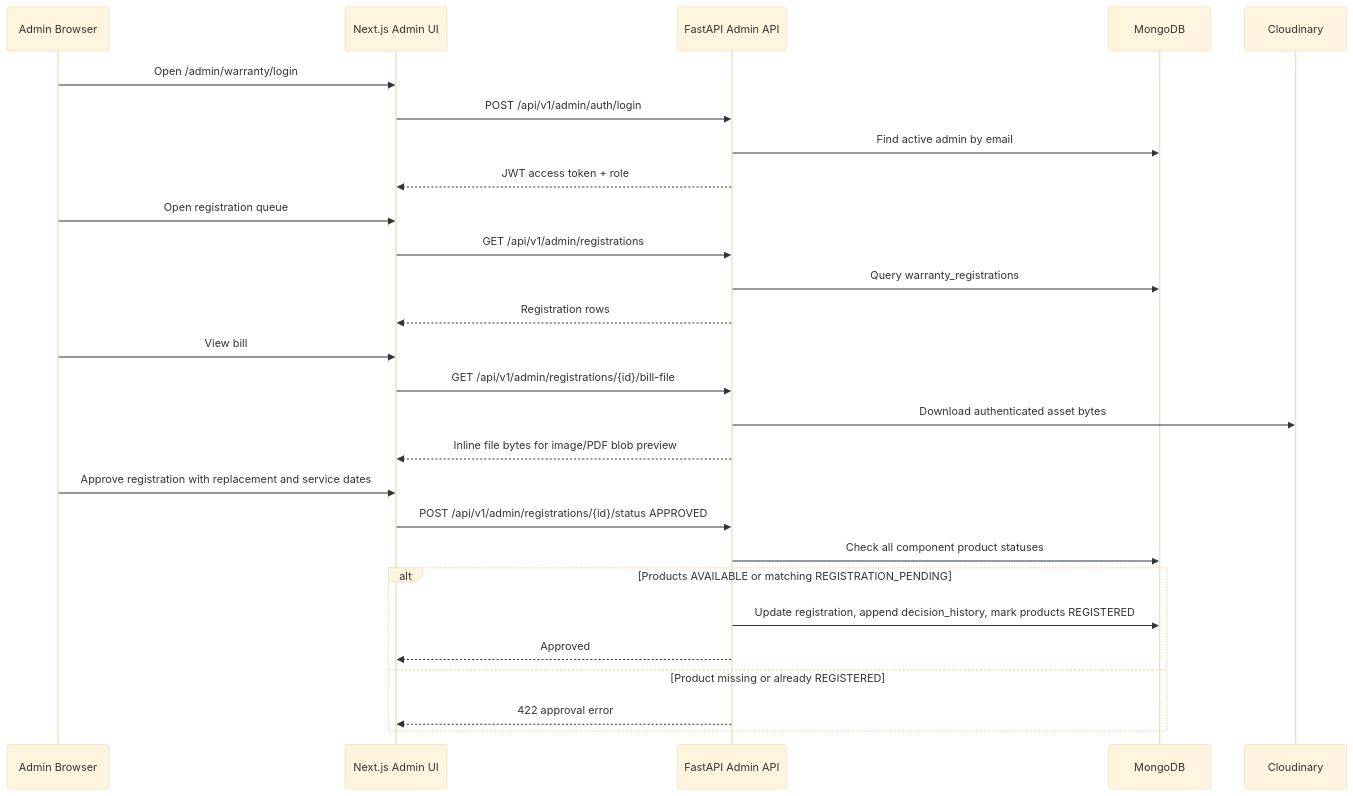
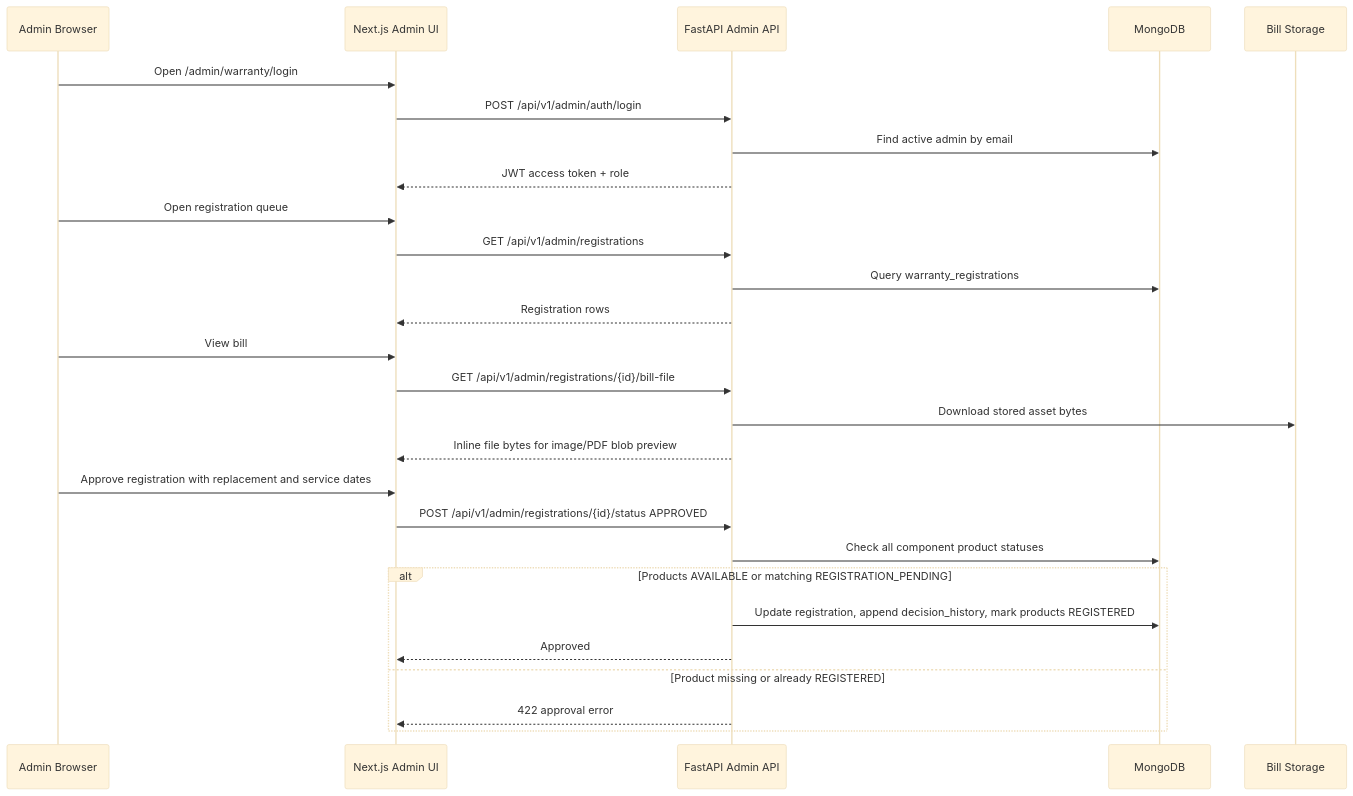
The third of 5 diagrams in docs/LIMAC_WARRANTY_DESIGN_DOCUMENT.md (traicasolutions-pjcts/limac-website), drawn with Mermaid (base theme) before and after one commit. The commit also changed other lines of this file and 10 other files, not shown here.

````diff
--- a/docs/LIMAC_WARRANTY_DESIGN_DOCUMENT.md
+++ b/docs/LIMAC_WARRANTY_DESIGN_DOCUMENT.md
@@ -352,30 +352,30 @@
 ```mermaid
 sequenceDiagram
   participant Admin as Admin Browser
   participant UI as Next.js Admin UI
   participant API as FastAPI Admin API
   participant DB as MongoDB
-  participant CL as Cloudinary
+  participant BS as Bill Storage
 
   Admin->>UI: Open /admin/warranty/login
   UI->>API: POST /api/v1/admin/auth/login
   API->>DB: Find active admin by email
   API-->>UI: JWT access token + role
   Admin->>UI: Open registration queue
   UI->>API: GET /api/v1/admin/registrations
   API->>DB: Query warranty_registrations
   API-->>UI: Registration rows
   Admin->>UI: View bill
   UI->>API: GET /api/v1/admin/registrations/{id}/bill-file
-  API->>CL: Download authenticated asset bytes
+  API->>BS: Download stored asset bytes
   API-->>UI: Inline file bytes for image/PDF blob preview
   Admin->>UI: Approve registration with replacement and service dates
   UI->>API: POST /api/v1/admin/registrations/{id}/status APPROVED
   API->>DB: Check all component product statuses
   alt Products AVAILABLE or matching REGISTRATION_PENDING
     API->>DB: Update registration, append decision_history, mark products REGISTERED
     API-->>UI: Approved
   else Product missing or already REGISTERED
     API-->>UI: 422 approval error
   end
 ```
````
